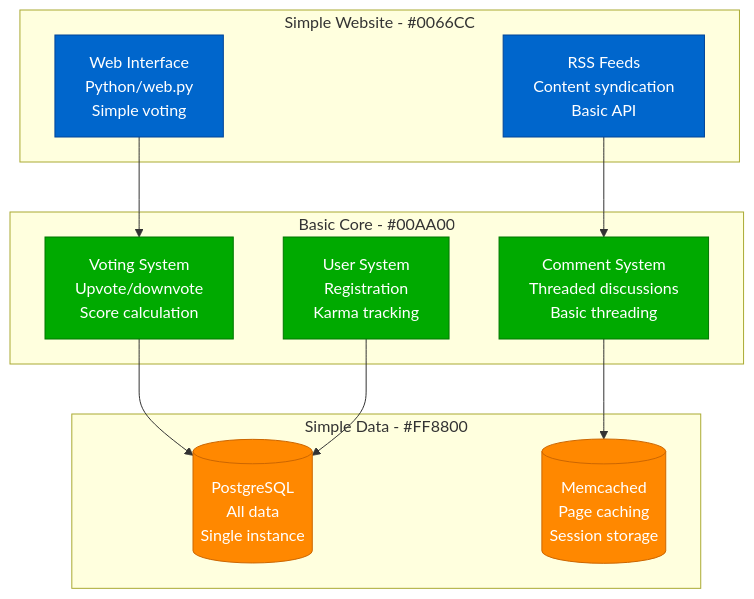
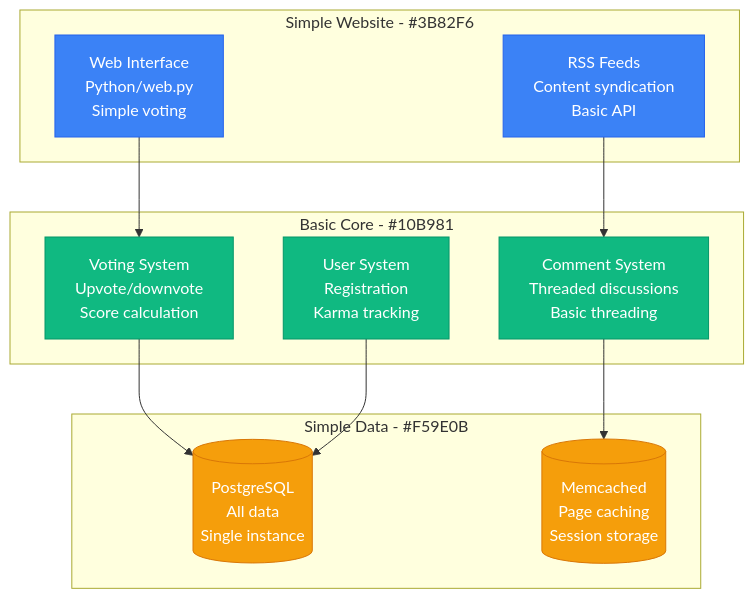
The first of 3 diagrams in site/docs/scaling/reddit-scale-evolution.md (deepaucksharma/DS), drawn with Mermaid before and after one commit. The commit also changed other lines of this file and 187 other files, not shown here.

````diff
--- a/site/docs/scaling/reddit-scale-evolution.md
+++ b/site/docs/scaling/reddit-scale-evolution.md
@@ -17,32 +17,32 @@
 ```mermaid
 graph TB
-    subgraph SimpleSite[Simple Website - #0066CC]
+    subgraph SimpleSite[Simple Website - #3B82F6]
         WEB_INTERFACE[Web Interface<br/>Python/web.py<br/>Simple voting]
         RSS_FEEDS[RSS Feeds<br/>Content syndication<br/>Basic API]
     end
 
-    subgraph BasicCore[Basic Core - #00AA00]
+    subgraph BasicCore[Basic Core - #10B981]
         VOTING_SYSTEM[Voting System<br/>Upvote/downvote<br/>Score calculation]
         COMMENT_SYSTEM[Comment System<br/>Threaded discussions<br/>Basic threading]
         USER_SYSTEM[User System<br/>Registration<br/>Karma tracking]
     end
 
-    subgraph SimpleData[Simple Data - #FF8800]
+    subgraph SimpleData[Simple Data - #F59E0B]
         POSTGRES[(PostgreSQL<br/>All data<br/>Single instance)]
         MEMCACHED[(Memcached<br/>Page caching<br/>Session storage)]
     end
 
     WEB_INTERFACE --> VOTING_SYSTEM
     RSS_FEEDS --> COMMENT_SYSTEM
     VOTING_SYSTEM --> POSTGRES
     COMMENT_SYSTEM --> MEMCACHED
     USER_SYSTEM --> POSTGRES
 
-    classDef siteStyle fill:#0066CC,stroke:#004499,color:#fff
-    classDef coreStyle fill:#00AA00,stroke:#007700,color:#fff
-    classDef dataStyle fill:#FF8800,stroke:#CC6600,color:#fff
+    classDef siteStyle fill:#3B82F6,stroke:#2563EB,color:#fff
+    classDef coreStyle fill:#10B981,stroke:#059669,color:#fff
+    classDef dataStyle fill:#F59E0B,stroke:#D97706,color:#fff
 
     class WEB_INTERFACE,RSS_FEEDS siteStyle
     class VOTING_SYSTEM,COMMENT_SYSTEM,USER_SYSTEM coreStyle
     class POSTGRES,MEMCACHED dataStyle
 ```
````
